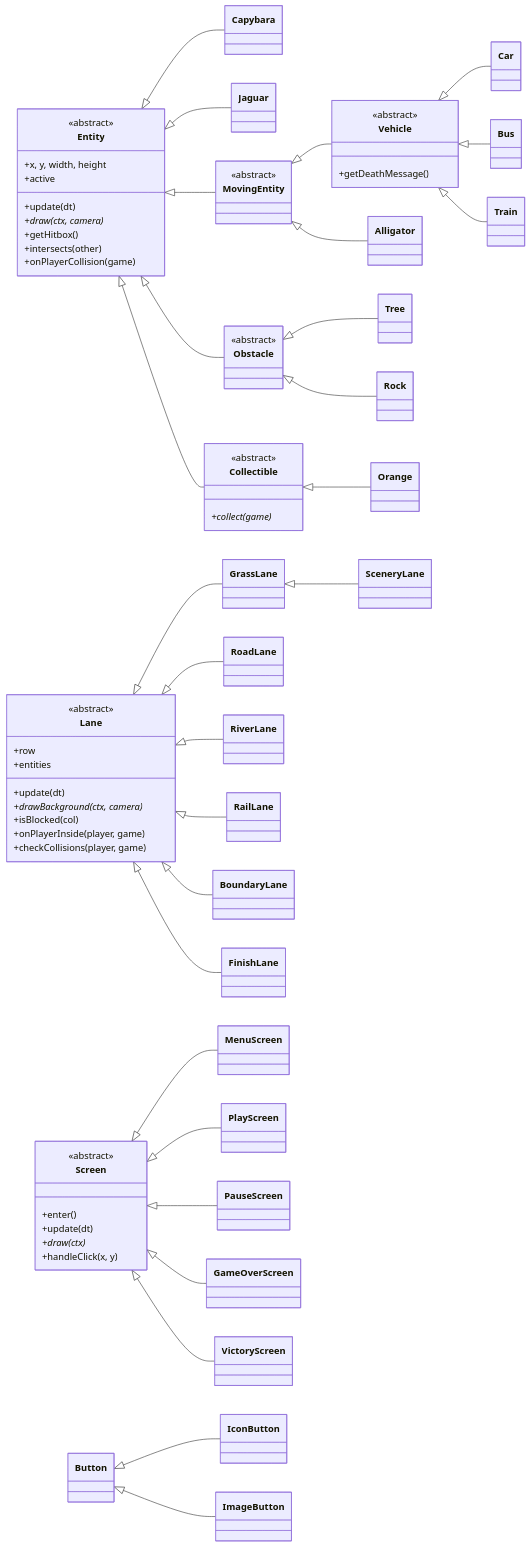
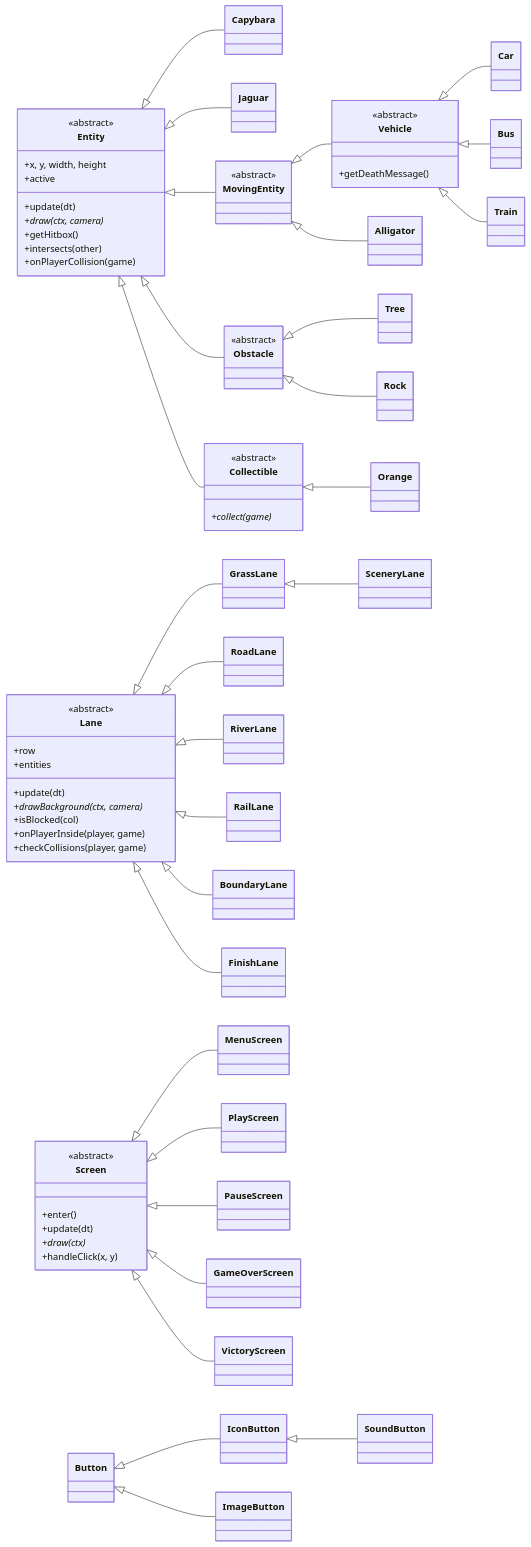
One commit to matheusggdev/capybara-road changed the first of 2 diagrams in README.md. Above: the diagram before and after it, drawn with Mermaid. The commit also changed other lines of this file and 25 other files, not shown here.

````diff
--- a/README.md
+++ b/README.md
@@ -75,77 +77,78 @@
 ```mermaid
 classDiagram
     direction LR
 
     Entity <|-- Capybara
     Entity <|-- Jaguar
     Entity <|-- MovingEntity
     Entity <|-- Obstacle
     Entity <|-- Collectible
     MovingEntity <|-- Vehicle
     MovingEntity <|-- Alligator
     Vehicle <|-- Car
     Vehicle <|-- Bus
     Vehicle <|-- Train
     Obstacle <|-- Tree
     Obstacle <|-- Rock
     Collectible <|-- Orange
 
     Lane <|-- GrassLane
     Lane <|-- RoadLane
     Lane <|-- RiverLane
     Lane <|-- RailLane
     Lane <|-- BoundaryLane
     Lane <|-- FinishLane
     GrassLane <|-- SceneryLane
 
     Screen <|-- MenuScreen
     Screen <|-- PlayScreen
     Screen <|-- PauseScreen
     Screen <|-- GameOverScreen
     Screen <|-- VictoryScreen
 
     Button <|-- IconButton
+    IconButton <|-- SoundButton
     Button <|-- ImageButton
 
     class Entity {
         <<abstract>>
         +x, y, width, height
         +active
         +update(dt)
         +draw(ctx, camera)*
         +getHitbox()
         +intersects(other)
         +onPlayerCollision(game)
     }
     class Lane {
         <<abstract>>
         +row
         +entities
         +update(dt)
         +drawBackground(ctx, camera)*
         +isBlocked(col)
         +onPlayerInside(player, game)
         +checkCollisions(player, game)
     }
     class Screen {
         <<abstract>>
         +enter()
         +update(dt)
         +draw(ctx)*
         +handleClick(x, y)
     }
     class MovingEntity {
         <<abstract>>
     }
     class Vehicle {
         <<abstract>>
         +getDeathMessage()
     }
     class Obstacle {
         <<abstract>>
     }
     class Collectible {
         <<abstract>>
         +collect(game)*
     }
 ```
````
